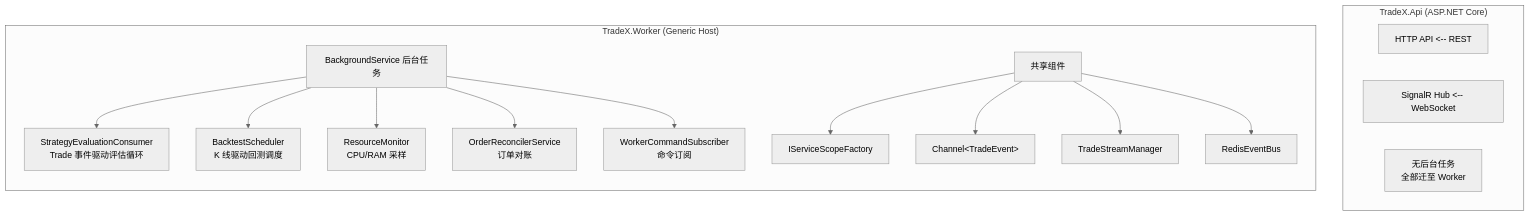
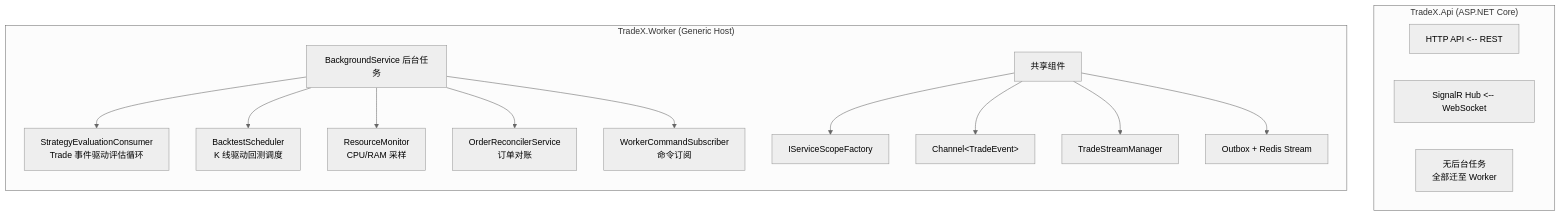
One commit to bambuo/TradeX changed the first of 2 diagrams in docs/策略引擎进程分离设计.md. Above: the diagram before and after it, drawn with Mermaid (neutral theme). The commit also changed other lines of this file and 59 other files, not shown here.

````diff
--- a/docs/策略引擎进程分离设计.md
+++ b/docs/策略引擎进程分离设计.md
@@ -24,24 +24,24 @@
 ```mermaid
 flowchart TD
     subgraph API["TradeX.Api (ASP.NET Core)"]
         HTTP["HTTP API &lt;-- REST"]
         WS["SignalR Hub &lt;-- WebSocket"]
         NOTE["无后台任务<br/>全部迁至 Worker"]
     end
 
     subgraph Worker["TradeX.Worker (Generic Host)"]
         direction TB
         BGS["BackgroundService 后台任务"]
         BGS --> SEC["StrategyEvaluationConsumer<br/>Trade 事件驱动评估循环"]
         BGS --> BS["BacktestScheduler<br/>K 线驱动回测调度"]
         BGS --> RM["ResourceMonitor<br/>CPU/RAM 采样"]
         BGS --> ORS["OrderReconcilerService<br/>订单对账"]
         BGS --> WCS["WorkerCommandSubscriber<br/>命令订阅"]
 
         SHARED["共享组件"]
         SHARED --> SF["IServiceScopeFactory"]
         SHARED --> CH["Channel&lt;TradeEvent&gt;"]
         SHARED --> TSM["TradeStreamManager"]
-        SHARED --> REB["RedisEventBus"]
+        SHARED --> REB["Outbox + Redis Stream"]
     end
 ```
````
